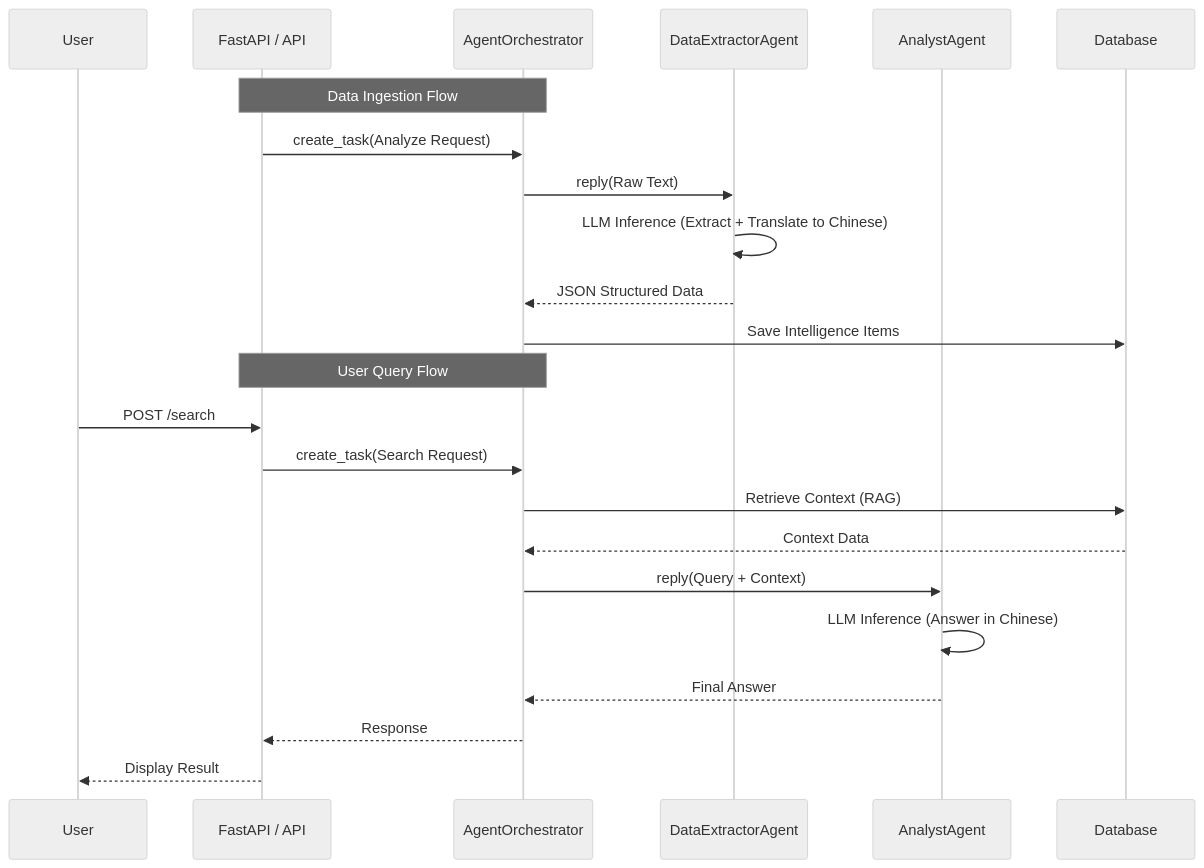
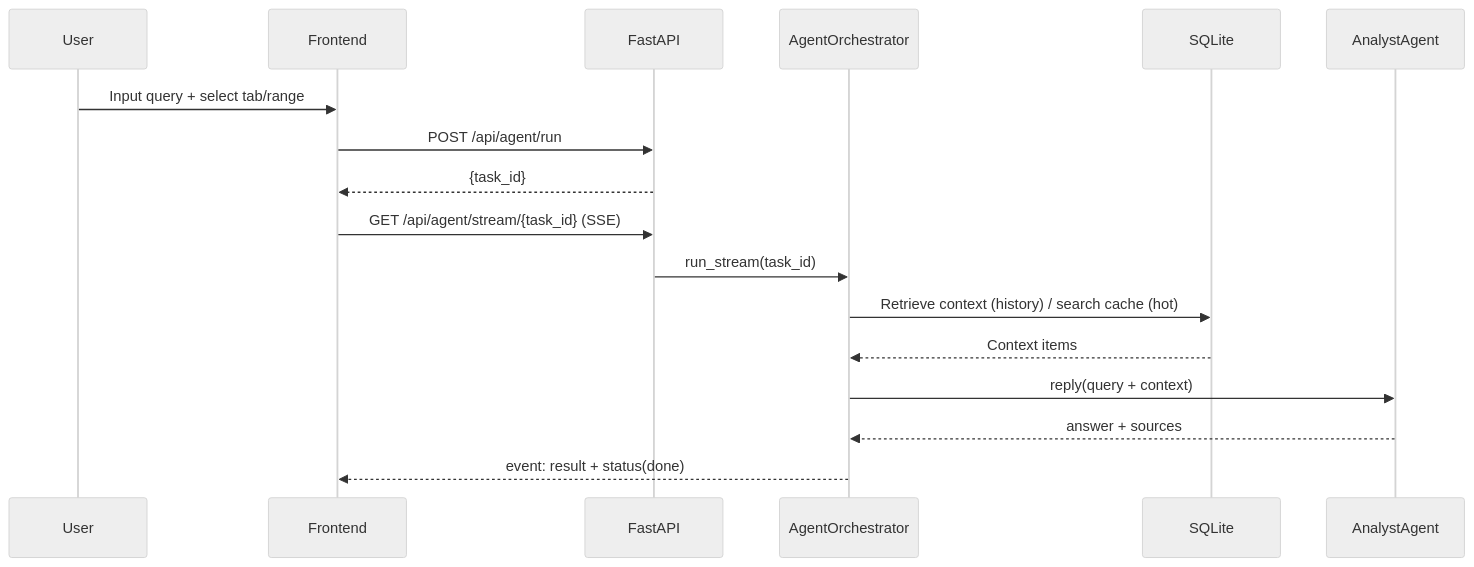
One commit to Adaozuishuai/things-system changed the second of 4 diagrams in ARCHITECTURE.md. Above: the diagram before and after it, drawn with Mermaid (neutral theme). The commit also changed other lines of this file and 30 other files, not shown here.

````diff
--- a/ARCHITECTURE.md
+++ b/ARCHITECTURE.md
@@ -49,29 +79,20 @@
 ```mermaid
 sequenceDiagram
     participant User
-    participant API as FastAPI / API
+    participant FE as Frontend
+    participant API as FastAPI
     participant Orch as AgentOrchestrator
-    participant Extractor as DataExtractorAgent
+    participant DB as SQLite
     participant Analyst as AnalystAgent
-    participant DB as Database
 
-    %% Flow 1: Data Extraction (Background Task)
-    Note over API, Orch: Data Ingestion Flow
-    API->>Orch: create_task(Analyze Request)
-    Orch->>Extractor: reply(Raw Text)
-    Extractor->>Extractor: LLM Inference (Extract + Translate to Chinese)
-    Extractor-->>Orch: JSON Structured Data
-    Orch->>DB: Save Intelligence Items
-
-    %% Flow 2: User Query (Search)
-    Note over API, Orch: User Query Flow
-    User->>API: POST /search
-    API->>Orch: create_task(Search Request)
-    Orch->>DB: Retrieve Context (RAG)
-    DB-->>Orch: Context Data
-    Orch->>Analyst: reply(Query + Context)
-    Analyst->>Analyst: LLM Inference (Answer in Chinese)
-    Analyst-->>Orch: Final Answer
-    Orch-->>API: Response
-    API-->>User: Display Result
+    User->>FE: Input query + select tab/range
+    FE->>API: POST /api/agent/run
+    API-->>FE: {task_id}
+    FE->>API: GET /api/agent/stream/{task_id} (SSE)
+    API->>Orch: run_stream(task_id)
+    Orch->>DB: Retrieve context (history) / search cache (hot)
+    DB-->>Orch: Context items
+    Orch->>Analyst: reply(query + context)
+    Analyst-->>Orch: answer + sources
+    Orch-->>FE: event: result + status(done)
 ```
````
